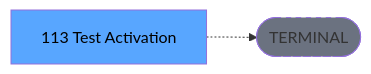
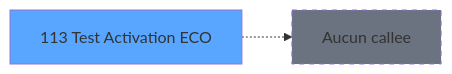
One commit to thonyAGP/lecteur-magic changed the third of 3 diagrams in .openspec/specs/ADH-IDE-113.md. Above: the diagram before and after it, drawn with Mermaid. The commit also changed other lines of this file and 96 other files, not shown here.

````diff
--- a/.openspec/specs/ADH-IDE-113.md
+++ b/.openspec/specs/ADH-IDE-113.md
@@ -134,8 +159,8 @@
 ```mermaid
 graph LR
-    T[113 Test Activation]
-    TERM([TERMINAL])
-    T -.-> TERM
-    style TERM fill:#6b7280,stroke-dasharray: 5 5
-    style T fill:#58a6ff,color:#000
+    T113[113 Test Activation ECO]
+    style T113 fill:#58a6ff
+    NONE[Aucun callee]
+    T113 -.-> NONE
+    style NONE fill:#6b7280,stroke-dasharray: 5 5
 ```
````
